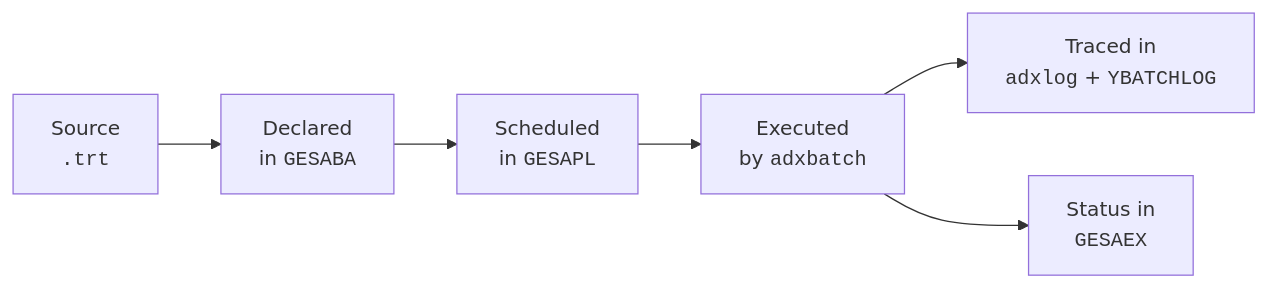
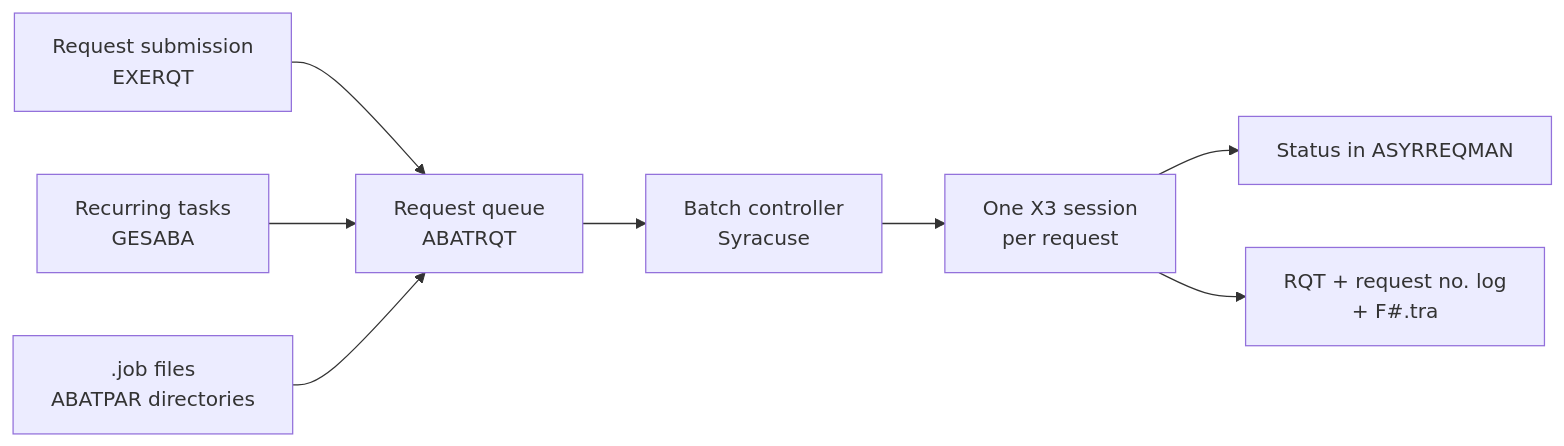
The diagram in plugins/sage-x3-l4g/references/batch-scheduling.md (actouf/sage-x3-l4g), drawn with Mermaid before and after one commit. The commit also changed other lines of this file and 34 other files, not shown here.

````diff
--- a/plugins/sage-x3-l4g/references/batch-scheduling.md
+++ b/plugins/sage-x3-l4g/references/batch-scheduling.md
@@ -9,8 +22,10 @@
 ```mermaid
 flowchart LR
-    src["Source<br/><code>.trt</code>"] --> dec["Declared<br/>in <code>GESABA</code>"]
-    dec --> sch["Scheduled<br/>in <code>GESAPL</code>"]
-    sch --> run["Executed<br/>by <code>adxbatch</code>"]
-    run --> log["Traced in<br/><code>adxlog</code> + <code>YBATCHLOG</code>"]
-    run --> exq["Status in<br/><code>GESAEX</code>"]
+    sub["Request submission<br/>EXERQT"] --> q["Request queue<br/>ABATRQT"]
+    rec["Recurring tasks<br/>GESABA"] --> q
+    job[".job files<br/>ABATPAR directories"] --> q
+    q --> ctl["Batch controller<br/>Syracuse"]
+    ctl --> run["One X3 session<br/>per request"]
+    run --> st["Status in ASYRREQMAN"]
+    run --> log["RQT + request no. log<br/>+ F#.tra"]
 ```
````
